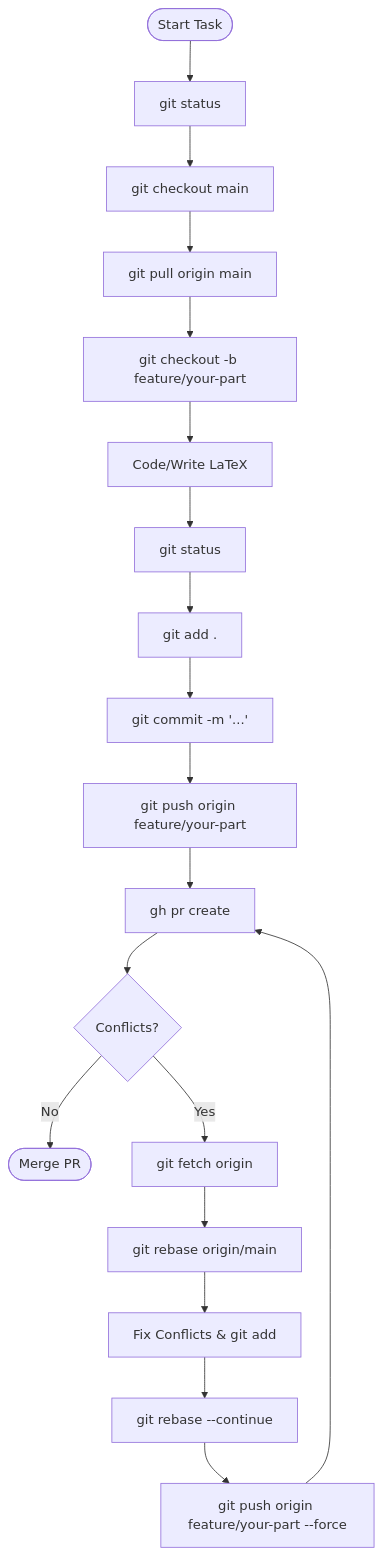
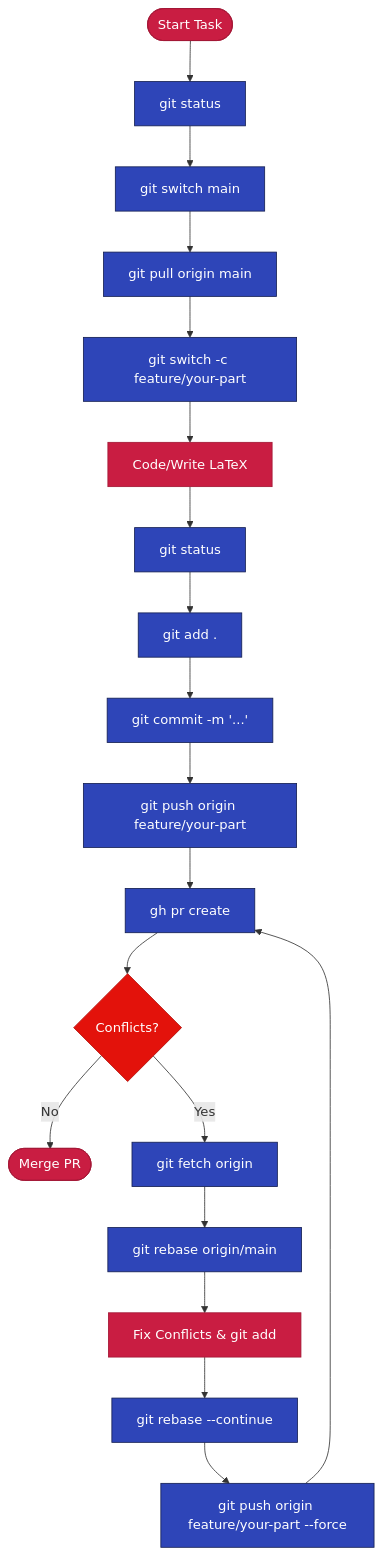
One commit to sakudiff/finlyts-ml-casestudy changed the diagram in README.md. Above: the diagram before and after it, drawn with Mermaid. The commit also changed other lines of this file, not shown here.

Commit message:
docs: migrate to git switch and implement QVRS visual standards for workflow

````diff
--- a/README.md
+++ b/README.md
@@ -176,21 +176,30 @@
 ```mermaid
 graph TD
     Start([Start Task]) --> Status[git status]
-    Status --> Main[git checkout main]
+    Status --> Main[git switch main]
     Main --> Pull[git pull origin main]
-    Pull --> Branch[git checkout -b feature/your-part]
+    Pull --> Branch[git switch -c feature/your-part]
     Branch --> Work[Code/Write LaTeX]
     Work --> Status2[git status]
     Status2 --> Add[git add .]
     Add --> Commit[git commit -m '...']
     Commit --> Push[git push origin feature/your-part]
     Push --> PR[gh pr create]
     PR --> Conflict{Conflicts?}
     Conflict -- No --> Merge([Merge PR])
     Conflict -- Yes --> Fetch[git fetch origin]
     Fetch --> Rebase[git rebase origin/main]
     Rebase --> Fix[Fix Conflicts & git add]
     Fix --> Continue[git rebase --continue]
     Continue --> PushForce[git push origin feature/your-part --force]
     PushForce --> PR
+
+    %% Styling (QVRS Standards)
+    classDef cmd fill:#2E45B8,color:#fff,stroke:#141F52
+    classDef logical fill:#C91D42,color:#fff,stroke:#A31735
+    classDef decision fill:#E3120B,color:#fff,stroke:#B20E08
+
+    class Status,Main,Pull,Branch,Status2,Add,Commit,Push,PR,Fetch,Rebase,Continue,PushForce cmd
+    class Start,Work,Merge,Fix logical
+    class Conflict decision
 ```
````
